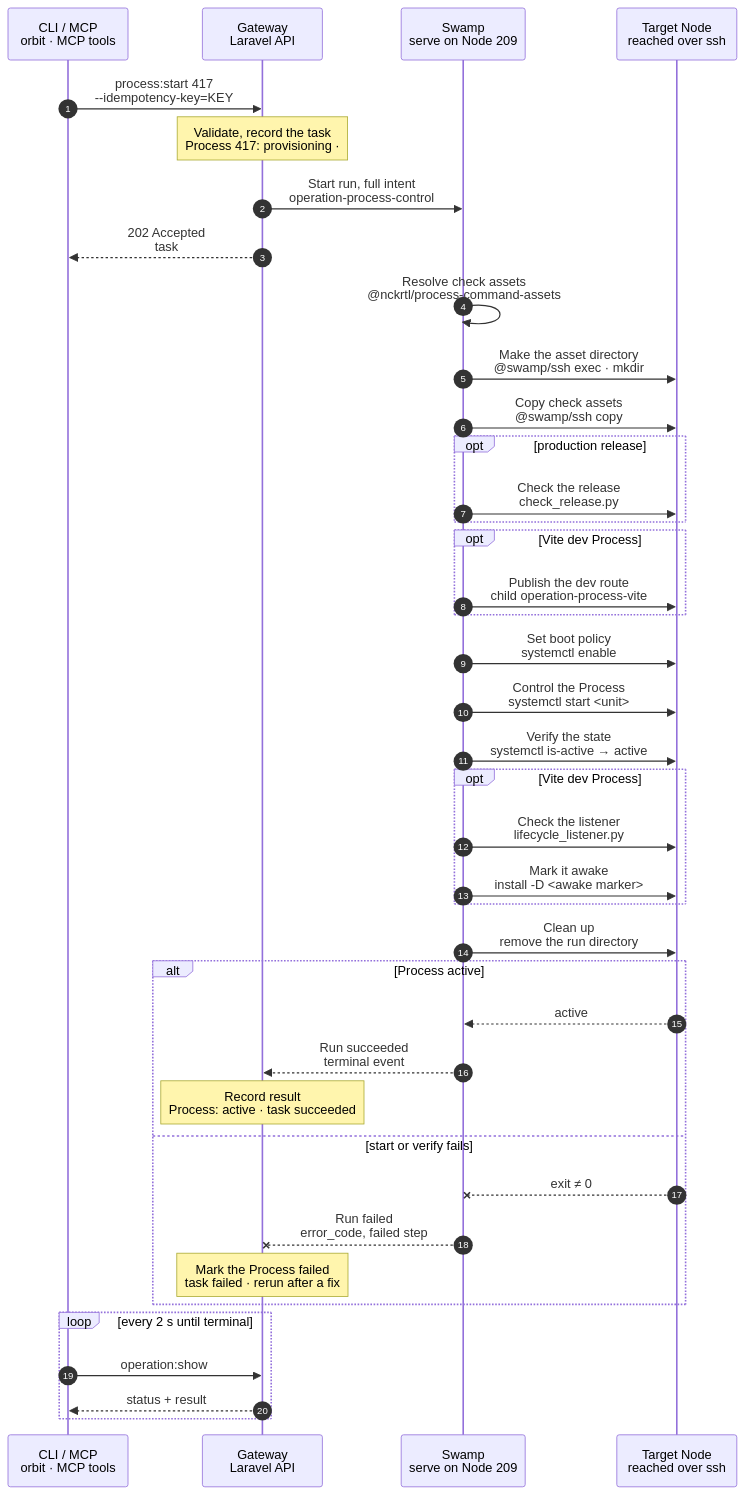
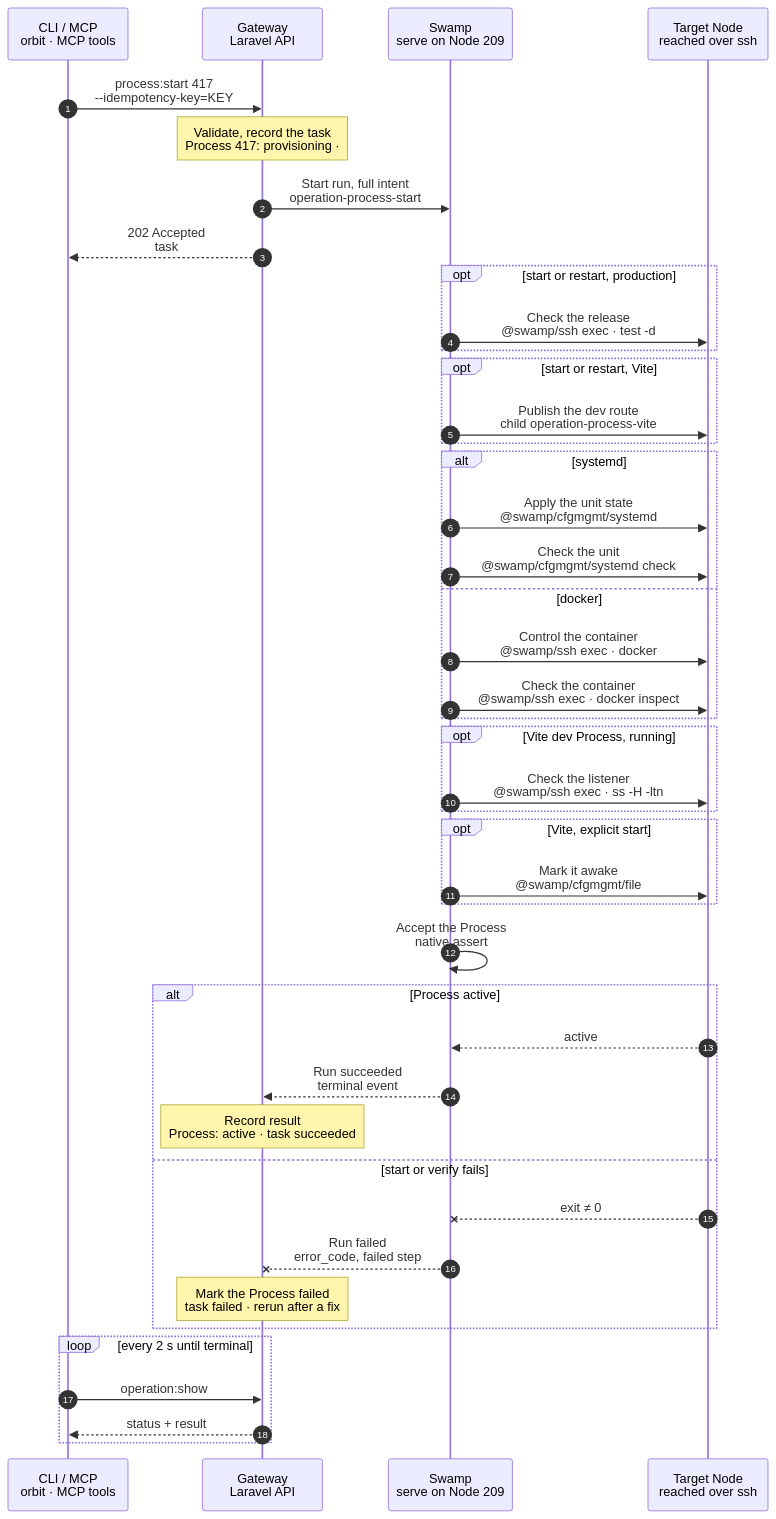
Before and after one commit to hardimpactdev/orbit: the diagram in docs/flows/process.start.mmd, drawn with Mermaid. The commit also changed 71 other files, not shown here.

Commit message:
refactor(process): use cfgmgmt and SSH argv for rule 22

```diff
--- a/docs/flows/process.start.mmd
+++ b/docs/flows/process.start.mmd
@@ -1,134 +1,114 @@
 sequenceDiagram
   %% Target design: ADR 0244 task, DECISIONS 4 + R1-R4 (process.stop shape: 209, @swamp/ssh, full intent as inputs).
   %% status: draft
   %% command: process:start
   autonumber
   %% lane CLI icon=terminal pill=caller tone=gray
   %% lane GW icon=gateway pill=intent tone=blue
   %% lane SW icon=workflow pill=executes tone=green
   %% lane N icon=server pill=target tone=amber
   participant CLI as CLI / MCP<br/>orbit · MCP tools
   participant GW as Gateway<br/>Laravel API
   participant SW as Swamp<br/>serve on Node 209
   participant N as Target Node<br/>reached over ssh
   CLI->>GW: process:start 417<br/>--idempotency-key=KEY
   %%> Command:
   %%> - `orbit process:start 417`
   %%> - syntax: `process:start <process> [--idempotency-key=KEY] [--json]`
   %%> Input:
   %%> - the numeric Process ID from `process:list`
   %%> Who can call it:
   %%> - the `orbit` CLI and the MCP tool send the same request
   Note over GW: Validate, record the task<br/>Process 417: provisioning · #5130
   %%> Requirements:
   %%> - your Node has an access grant to the Node that runs Process 417
   %%> - Process 417 exists and is not being removed
   %%> - the Process can start: it is installed on its Node
   %%> Result:
   %%> - task #5130 recorded with the full intent: unit or container name, runtime, on-demand flag, Vite plan
   %%> - Process 417 marked provisioning; its desired state does not change yet
   %%> - nothing has happened on the Node yet
-  GW->>SW: Start run, full intent<br/>operation-process-control
+  GW->>SW: Start run, full intent<br/>operation-process-start
   %%> What it does:
   %%> - starts one Swamp run on serve (Node 209); every step runs there
   %%> Inputs:
   %%> - `kind`: process.start
   %%> - the Process unit or container name, runtime and on-demand flag
   %%> - the Node's address and SSH host keys; the SSH identity comes from the `swamp` role
   %%> - for a production Instance, its release directory
   %%> - for a Vite dev Process, the Vite plan and the Caddy publication for its Route
   GW-->>CLI: 202 Accepted<br/>task #5130
   %%> What you get:
   %%> - the task number, at once
   %%> Next:
   %%> - the CLI follows the task with `operation:show`
-  SW->>SW: Resolve check assets<br/>@nckrtl/process-command-assets
-  %%> What it does:
-  %%> - validates the intent and finds the shipped Process scripts on Node 209
-  %%> Why:
-  %%> - the scripts check ownership: they act only on the unit or container marked with Process 417
-  SW->>N: Make the asset directory<br/>@swamp/ssh exec · mkdir
-  %%> What it does:
-  %%> - makes a private directory for this run on the Node, under `/tmp`
-  SW->>N: Copy check assets<br/>@swamp/ssh copy
-  %%> What it does:
-  %%> - copies the shipped scripts into that directory
-  %%> How:
-  %%> - Swamp reaches the Node over SSH from 209 with the official `@swamp/ssh` behavior, the `swamp` role SSH identity and the Node's pinned host keys
-  opt production release
-    SW->>N: Check the release<br/>check_release.py
+  opt start or restart, production
+    SW->>N: Check the release<br/>@swamp/ssh exec · test -d
     %%> What it does:
-    %%> - checks that the admitted release directory exists
-    %%> On failure:
-    %%> - `process.release_unavailable`; nothing else runs
+    %%> - checks the admitted release directory before starting
   end
-  opt Vite dev Process
+  opt start or restart, Vite
     SW->>N: Publish the dev route<br/>child operation-process-vite
     %%> What it does:
-    %%> - suspends traffic to the Instance, writes its Vite environment file and publishes Caddy for its Route
-    %%> Shared:
-    %%> - `process:create` runs the same child
+    %%> - prepares the Vite environment and publishes the Route
   end
-  SW->>N: Set boot policy<br/>systemctl enable
+  alt systemd
+    SW->>N: Apply the unit state<br/>@swamp/cfgmgmt/systemd
+    %%> What it does:
+    %%> - converges boot policy and running state; on-demand starts stay disabled
+    SW->>N: Check the unit<br/>@swamp/cfgmgmt/systemd check
+    %%> Result:
+    %%> - records the running and boot state for the native end check
+  else docker
+    SW->>N: Control the container<br/>@swamp/ssh exec · docker
+    %%> What it does:
+    %%> - starts, stops or restarts the admitted container once
+    SW->>N: Check the container<br/>@swamp/ssh exec · docker inspect
+    %%> Result:
+    %%> - records the container state for the native end check
+  end
+  opt Vite dev Process, running
+    SW->>N: Check the listener<br/>@swamp/ssh exec · ss -H -ltn
+    %%> Result:
+    %%> - requires a listener before marking the Instance awake; no ownership check
+  end
+  opt Vite, explicit start
+    SW->>N: Mark it awake<br/>@swamp/cfgmgmt/file
+    %%> What it does:
+    %%> - creates the awake marker after the Process is running
+  end
+  SW->>SW: Accept the Process<br/>native assert
   %%> What it does:
-  %%> - enables the systemd unit, so it starts at boot
-  %%> Skipped:
-  %%> - for an on-demand Process, which starts on its first request
-  %%> - for Docker, which keeps its own restart policy
-  SW->>N: Control the Process<br/>systemctl start <unit>
-  %%> What it does:
-  %%> - one `start` of the exact unit, or `docker container start` for Docker
-  %%> Requirements:
-  %%> - the unit or container belongs to Process 417; a foreign one is refused (`process.name_collision`)
-  SW->>N: Verify the state<br/>systemctl is-active → active
-  %%> What it does:
-  %%> - checks once that the Process is running
-  %%> Result:
-  %%> - this step's output is the projected result: `ready` and the observed state
-  opt Vite dev Process
-    SW->>N: Check the listener<br/>lifecycle_listener.py
-    %%> What it does:
-    %%> - checks once that the Vite port listener belongs to this Process
-    SW->>N: Mark it awake<br/>install -D <awake marker>
-    %%> What it does:
-    %%> - marks the Instance awake, so its Route serves traffic again
-    %%> Only on start:
-    %%> - a restart keeps the hibernation wake policy
-  end
-  SW->>N: Clean up<br/>remove the run directory
-  %%> What it does:
-  %%> - removes the run directory after a successful run
-  %%> On failure:
-  %%> - the directory stays, so a resumed run can reuse the scripts
+  %%> - accepts only the expected runtime and boot state
   alt Process active
     N-->>SW: active
     %%> Returns:
     %%> - the Process is active
     SW-->>GW: Run succeeded<br/>terminal event
     %%> How the Gateway learns it:
     %%> - its shared run reader sees the terminal event and reads the result step once; Swamp never calls the Gateway
     Note over GW: Record result<br/>Process: active · task succeeded
     %%> Result:
     %%> - Process 417 desired state becomes running; its status becomes active
     %%> - task #5130 succeeds with the observed state
   else start or verify fails
     N--xSW: exit ≠ 0
     %%> When:
-    %%> - SSH fails, the unit is missing or foreign, or the state does not match
+    %%> - SSH fails, the unit is missing, or the state does not match
     SW--xGW: Run failed<br/>error_code, failed step
     %%> The Gateway reads:
     %%> - which step failed and its error code
     Note over GW: Mark the Process failed<br/>task failed · rerun after a fix
     %%> Result:
     %%> - Process 417 is marked failed with the error code; its desired state does not change
     %%> - task #5130 fails
     %%> - there is no rollback; run the same command again after fixing the cause
   end
   loop every 2 s until terminal
     CLI->>GW: operation:show #5130
     %%> What it does:
     %%> - asks for the task status every 2 seconds until it has ended
     GW-->>CLI: status + result
     %%> Returns:
     %%> - the current status, and the result once the task has ended
   end
```
